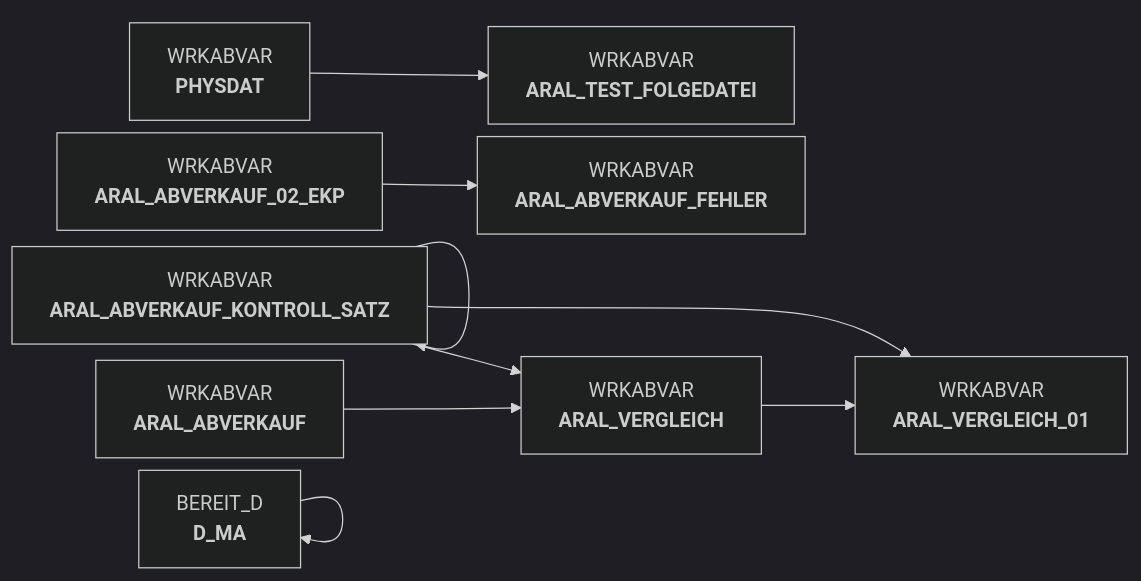
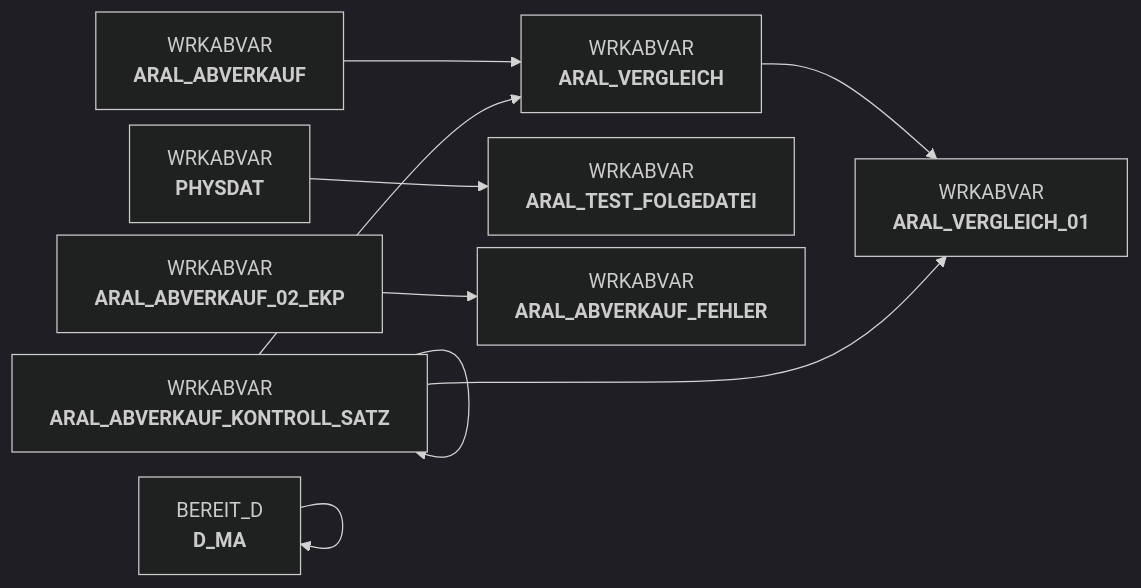
The diagram in docs/Applications/DWABVARAL/snow_abv_aral_einlesen.sas.md (integration-factory-de/sas_code_docs), drawn with Mermaid (dark theme) before and after one commit. The commit also changed other lines of this file and 129 other files, not shown here.

````diff
--- a/docs/Applications/DWABVARAL/snow_abv_aral_einlesen.sas.md
+++ b/docs/Applications/DWABVARAL/snow_abv_aral_einlesen.sas.md
@@ -9,27 +43,27 @@
 ```mermaid
 %%{init: {'flowchart': { 'nodeSpacing': 10, 'rankSpacing': 40, 'rankdir': 'TB' }}}%%
 
 flowchart LR
 
-  WRKABVAR.ARAL_ABVERKAUF_KONTROLL_SATZ["WRKABVAR<br/><b>ARAL_ABVERKAUF_KONTROLL_SATZ</b>"] --> WRKABVAR.ARAL_ABVERKAUF_KONTROLL_SATZ["WRKABVAR<br/><b>ARAL_ABVERKAUF_KONTROLL_SATZ</b>"]
+  WRKABVAR.ARAL_ABVERKAUF_KONTROLL_SATZ["WRKABVAR<br/><b>ARAL_ABVERKAUF_KONTROLL_SATZ</b>"] --> WRKABVAR.ARAL_VERGLEICH_01["WRKABVAR<br/><b>ARAL_VERGLEICH_01</b>"]
+  WRKABVAR.ARAL_VERGLEICH["WRKABVAR<br/><b>ARAL_VERGLEICH</b>"] --> WRKABVAR.ARAL_VERGLEICH_01["WRKABVAR<br/><b>ARAL_VERGLEICH_01</b>"]
   WRKABVAR.ARAL_ABVERKAUF_KONTROLL_SATZ["WRKABVAR<br/><b>ARAL_ABVERKAUF_KONTROLL_SATZ</b>"] --> WRKABVAR.ARAL_VERGLEICH["WRKABVAR<br/><b>ARAL_VERGLEICH</b>"]
   BEREIT_D.D_MA["BEREIT_D<br/><b>D_MA</b>"] --> BEREIT_D.D_MA["BEREIT_D<br/><b>D_MA</b>"]
   WRKABVAR.PHYSDAT["WRKABVAR<br/><b>PHYSDAT</b>"] --> WRKABVAR.ARAL_TEST_FOLGEDATEI["WRKABVAR<br/><b>ARAL_TEST_FOLGEDATEI</b>"]
+  WRKABVAR.ARAL_ABVERKAUF_KONTROLL_SATZ["WRKABVAR<br/><b>ARAL_ABVERKAUF_KONTROLL_SATZ</b>"] --> WRKABVAR.ARAL_ABVERKAUF_KONTROLL_SATZ["WRKABVAR<br/><b>ARAL_ABVERKAUF_KONTROLL_SATZ</b>"]
   WRKABVAR.ARAL_ABVERKAUF_02_EKP["WRKABVAR<br/><b>ARAL_ABVERKAUF_02_EKP</b>"] --> WRKABVAR.ARAL_ABVERKAUF_FEHLER["WRKABVAR<br/><b>ARAL_ABVERKAUF_FEHLER</b>"]
   WRKABVAR.ARAL_ABVERKAUF["WRKABVAR<br/><b>ARAL_ABVERKAUF</b>"] --> WRKABVAR.ARAL_VERGLEICH["WRKABVAR<br/><b>ARAL_VERGLEICH</b>"]
-  WRKABVAR.ARAL_ABVERKAUF_KONTROLL_SATZ["WRKABVAR<br/><b>ARAL_ABVERKAUF_KONTROLL_SATZ</b>"] --> WRKABVAR.ARAL_VERGLEICH_01["WRKABVAR<br/><b>ARAL_VERGLEICH_01</b>"]
-  WRKABVAR.ARAL_VERGLEICH["WRKABVAR<br/><b>ARAL_VERGLEICH</b>"] --> WRKABVAR.ARAL_VERGLEICH_01["WRKABVAR<br/><b>ARAL_VERGLEICH_01</b>"]
   click WRKABVAR.ARAL_ABVERKAUF_KONTROLL_SATZ "../../tables/WRKABVAR/ARAL_ABVERKAUF_KONTROLL_SATZ"
+  click WRKABVAR.ARAL_VERGLEICH "../../tables/WRKABVAR/ARAL_VERGLEICH"
   click BEREIT_D.D_MA "../../tables/BEREIT_D/D_MA"
   click WRKABVAR.PHYSDAT "../../tables/WRKABVAR/PHYSDAT"
   click WRKABVAR.ARAL_ABVERKAUF_02_EKP "../../tables/WRKABVAR/ARAL_ABVERKAUF_02_EKP"
   click WRKABVAR.ARAL_ABVERKAUF "../../tables/WRKABVAR/ARAL_ABVERKAUF"
-  click WRKABVAR.ARAL_VERGLEICH "../../tables/WRKABVAR/ARAL_VERGLEICH"
-  click WRKABVAR.ARAL_ABVERKAUF_KONTROLL_SATZ "../../tables/WRKABVAR/ARAL_ABVERKAUF_KONTROLL_SATZ"
+  click WRKABVAR.ARAL_VERGLEICH_01 "../../tables/WRKABVAR/ARAL_VERGLEICH_01"
   click WRKABVAR.ARAL_VERGLEICH "../../tables/WRKABVAR/ARAL_VERGLEICH"
   click WRKABVAR.PHYSDAT "../../tables/WRKABVAR/PHYSDAT"
   click BEREIT_D.D_MA "../../tables/BEREIT_D/D_MA"
   click WRKABVAR.ARAL_TEST_FOLGEDATEI "../../tables/WRKABVAR/ARAL_TEST_FOLGEDATEI"
+  click WRKABVAR.ARAL_ABVERKAUF_KONTROLL_SATZ "../../tables/WRKABVAR/ARAL_ABVERKAUF_KONTROLL_SATZ"
   click WRKABVAR.ARAL_ABVERKAUF_FEHLER "../../tables/WRKABVAR/ARAL_ABVERKAUF_FEHLER"
-  click WRKABVAR.ARAL_VERGLEICH_01 "../../tables/WRKABVAR/ARAL_VERGLEICH_01"
 ```
````
